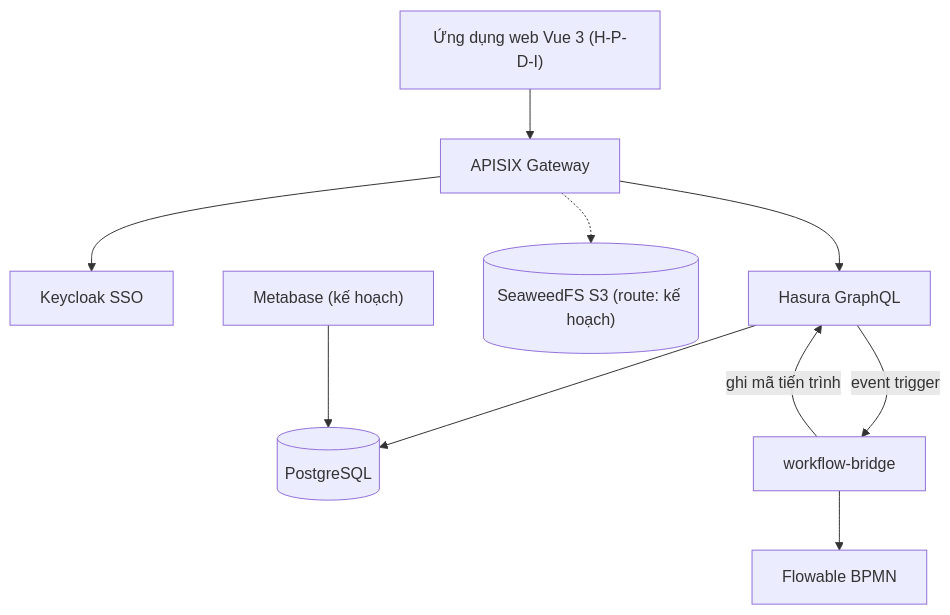
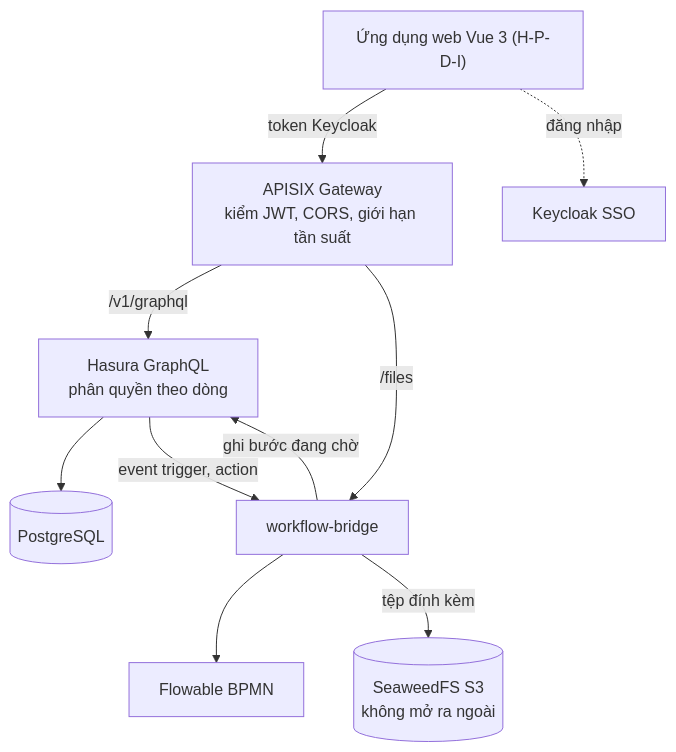
One commit to ngophatneknha/OLP-MNM changed the diagram in docs/architecture.md. Above: the diagram before and after it, drawn with Mermaid. The commit also changed other lines of this file and 25 other files, not shown here.

````diff
--- a/docs/architecture.md
+++ b/docs/architecture.md
@@ -8,10 +8,11 @@
 ```mermaid
 flowchart TB
-  UI["Ứng dụng web Vue 3 (H-P-D-I)"] --> GW["APISIX Gateway"]
-  GW --> KC["Keycloak SSO"]
-  GW --> HS["Hasura GraphQL"] --> PG[("PostgreSQL")]
-  GW -.-> S3[("SeaweedFS S3 (route: kế hoạch)")]
-  HS -- "event trigger" --> BR["workflow-bridge"] --> FL["Flowable BPMN"]
-  BR -- "ghi mã tiến trình" --> HS
-  BI["Metabase (kế hoạch)"] --> PG
+  UI["Ứng dụng web Vue 3 (H-P-D-I)"] -- "token Keycloak" --> GW["APISIX Gateway<br/>kiểm JWT, CORS, giới hạn tần suất"]
+  UI -. đăng nhập .-> KC["Keycloak SSO"]
+  GW -- "/v1/graphql" --> HS["Hasura GraphQL<br/>phân quyền theo dòng"] --> PG[("PostgreSQL")]
+  GW -- "/files" --> BR["workflow-bridge"]
+  HS -- "event trigger, action" --> BR
+  BR --> FL["Flowable BPMN"]
+  BR -- "ghi bước đang chờ" --> HS
+  BR -- "tệp đính kèm" --> S3[("SeaweedFS S3<br/>không mở ra ngoài")]
 ```
````
